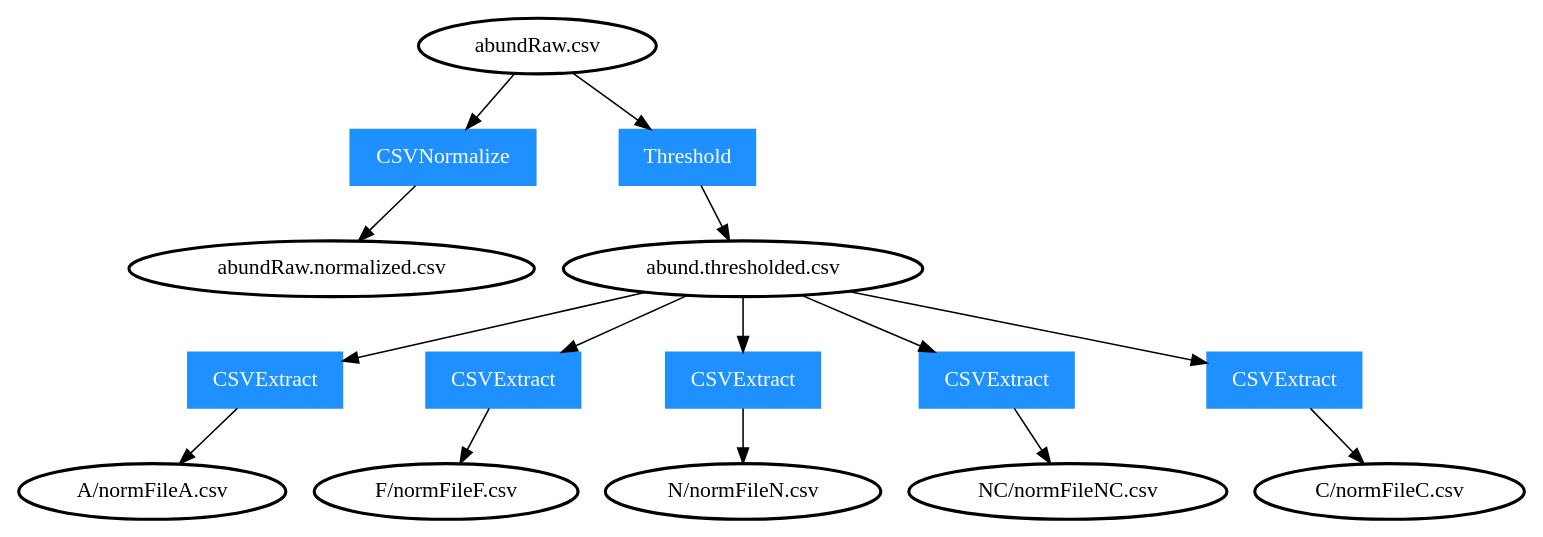
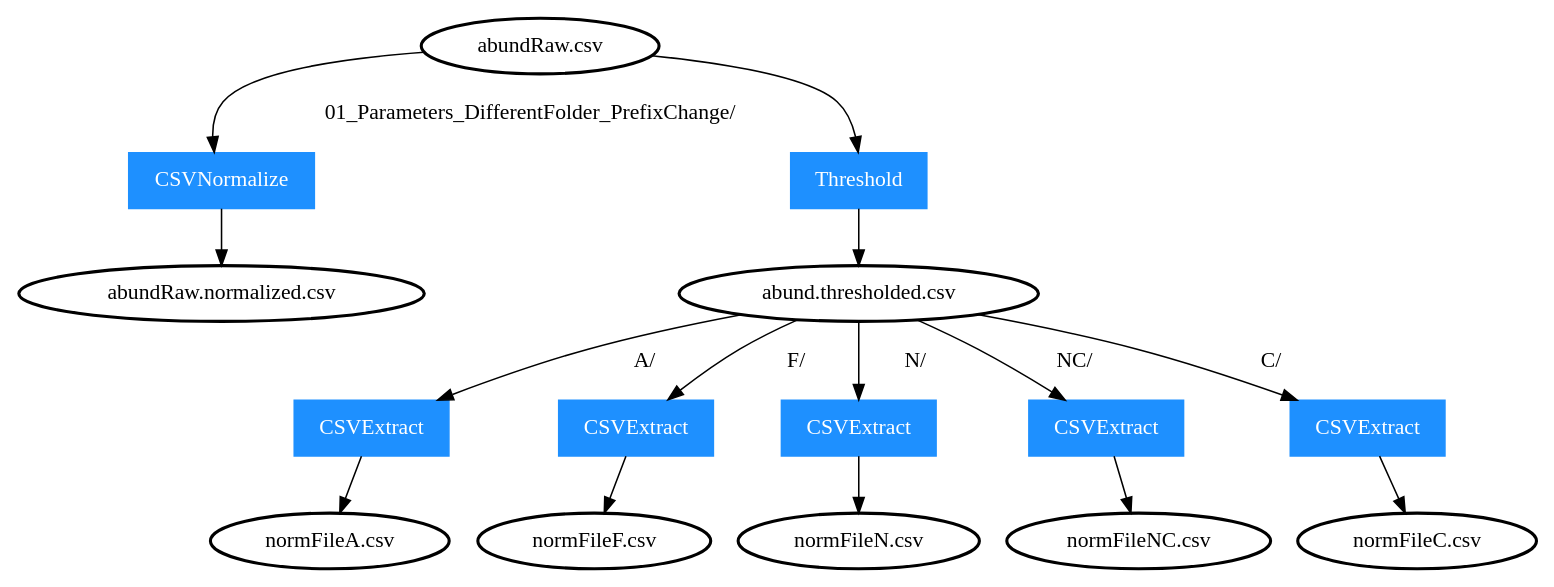
Before and after one commit to movingpictures83/PipeViz: the diagram in 01_Parameters_DifferentFolder_PrefixChange/expected.dot, drawn with Graphviz. The commit also changed 2 other files, not shown here.

Commit message:
Update expected for parameters test

```diff
--- a/01_Parameters_DifferentFolder_PrefixChange/expected.dot
+++ b/01_Parameters_DifferentFolder_PrefixChange/expected.dot
@@ -1,17 +1,38 @@
 digraph G {
 	node [style=bold];
-	"abundRaw.csv"->"0"->"abundRaw.normalized.csv";
-	"abundRaw.csv"->"1"->"abund.thresholded.csv";
-	"abund.thresholded.csv"->"2"->"A/normFileA.csv";
-	"abund.thresholded.csv"->"3"->"F/normFileF.csv";
-	"abund.thresholded.csv"->"4"->"N/normFileN.csv";
-	"abund.thresholded.csv"->"5"->"NC/normFileNC.csv";
-	"abund.thresholded.csv"->"6"->"C/normFileC.csv";
+	"01_Parameters_DifferentFolder_PrefixChange/abundRaw.csv"->"0" [label = "	01_Parameters_DifferentFolder_PrefixChange/	"];
+	"0"->"01_Parameters_DifferentFolder_PrefixChange/abundRaw.normalized.csv";
+	"01_Parameters_DifferentFolder_PrefixChange/abundRaw.csv" [label = "abundRaw.csv"];
+	"01_Parameters_DifferentFolder_PrefixChange/abundRaw.normalized.csv" [label = "abundRaw.normalized.csv"];
+	"01_Parameters_DifferentFolder_PrefixChange/abundRaw.csv"->"1";
+	"1"->"01_Parameters_DifferentFolder_PrefixChange/abund.thresholded.csv";
+	"01_Parameters_DifferentFolder_PrefixChange/abundRaw.csv" [label = "abundRaw.csv"];
+	"01_Parameters_DifferentFolder_PrefixChange/abund.thresholded.csv" [label = "abund.thresholded.csv"];
+	"01_Parameters_DifferentFolder_PrefixChange/abund.thresholded.csv"->"2" [label = "	A/	"];
+	"2"->"01_Parameters_DifferentFolder_PrefixChange/A/normFileA.csv";
+	"01_Parameters_DifferentFolder_PrefixChange/abund.thresholded.csv" [label = "abund.thresholded.csv"];
+	"01_Parameters_DifferentFolder_PrefixChange/A/normFileA.csv" [label = "normFileA.csv"];
+	"01_Parameters_DifferentFolder_PrefixChange/abund.thresholded.csv"->"3" [label = "	F/	"];
+	"3"->"01_Parameters_DifferentFolder_PrefixChange/F/normFileF.csv";
+	"01_Parameters_DifferentFolder_PrefixChange/abund.thresholded.csv" [label = "abund.thresholded.csv"];
+	"01_Parameters_DifferentFolder_PrefixChange/F/normFileF.csv" [label = "normFileF.csv"];
+	"01_Parameters_DifferentFolder_PrefixChange/abund.thresholded.csv"->"4" [label = "	N/	"];
+	"4"->"01_Parameters_DifferentFolder_PrefixChange/N/normFileN.csv";
+	"01_Parameters_DifferentFolder_PrefixChange/abund.thresholded.csv" [label = "abund.thresholded.csv"];
+	"01_Parameters_DifferentFolder_PrefixChange/N/normFileN.csv" [label = "normFileN.csv"];
+	"01_Parameters_DifferentFolder_PrefixChange/abund.thresholded.csv"->"5" [label = "	NC/	"];
+	"5"->"01_Parameters_DifferentFolder_PrefixChange/NC/normFileNC.csv";
+	"01_Parameters_DifferentFolder_PrefixChange/abund.thresholded.csv" [label = "abund.thresholded.csv"];
+	"01_Parameters_DifferentFolder_PrefixChange/NC/normFileNC.csv" [label = "normFileNC.csv"];
+	"01_Parameters_DifferentFolder_PrefixChange/abund.thresholded.csv"->"6" [label = "	C/	"];
+	"6"->"01_Parameters_DifferentFolder_PrefixChange/C/normFileC.csv";
+	"01_Parameters_DifferentFolder_PrefixChange/abund.thresholded.csv" [label = "abund.thresholded.csv"];
+	"01_Parameters_DifferentFolder_PrefixChange/C/normFileC.csv" [label = "normFileC.csv"];
 	"0" [label="CSVNormalize", shape=box, color=dodgerblue1, fontcolor=white, style=filled];
 	"1" [label="Threshold", shape=box, color=dodgerblue1, fontcolor=white, style=filled];
 	"2" [label="CSVExtract", shape=box, color=dodgerblue1, fontcolor=white, style=filled];
 	"3" [label="CSVExtract", shape=box, color=dodgerblue1, fontcolor=white, style=filled];
 	"4" [label="CSVExtract", shape=box, color=dodgerblue1, fontcolor=white, style=filled];
 	"5" [label="CSVExtract", shape=box, color=dodgerblue1, fontcolor=white, style=filled];
 	"6" [label="CSVExtract", shape=box, color=dodgerblue1, fontcolor=white, style=filled];
 }
```
